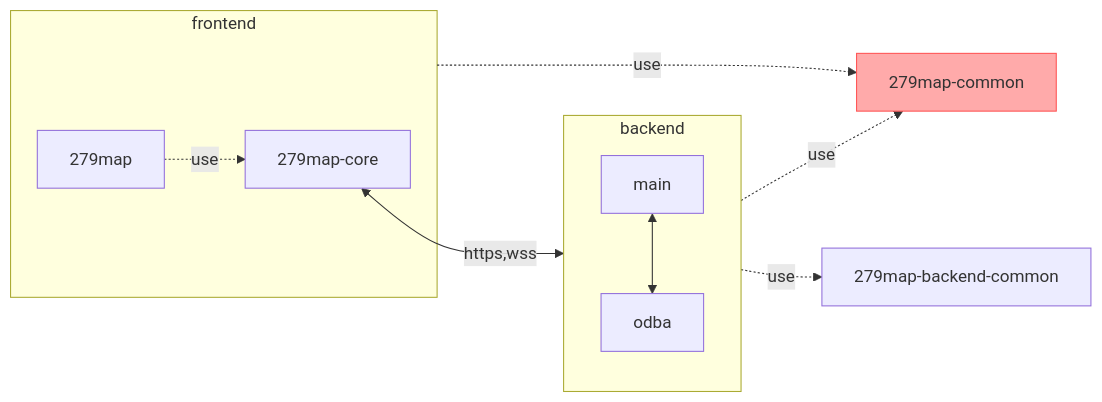
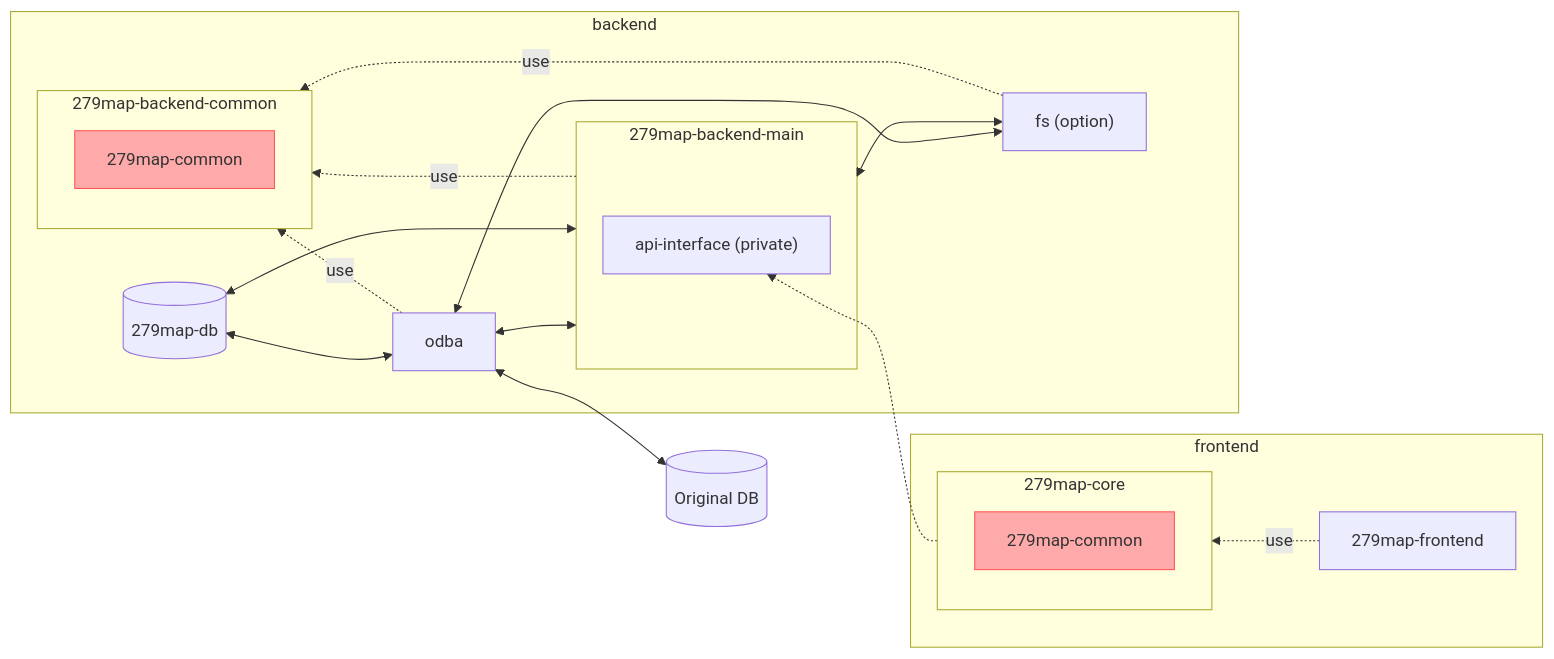
The diagram in 279map-common/README.md (satocheeen/279map), drawn with Mermaid before and after one commit. The commit also changed other lines of this file and 6 other files, not shown here.

````diff
--- a/279map-common/README.md
+++ b/279map-common/README.md
@@ -7,17 +7,35 @@
 ```mermaid
-flowchart LR
-	279map-common
+flowchart RL
 	subgraph frontend
-		279map-core
-		279map -. use .-> 279map-core
+		subgraph 279map-core
+			279map-common-core["279map-common"]
+		end
+		279map-frontend -. use .-> 279map-core
 	end
+
 	subgraph backend
-		direction TB
-		main <--> odba
-end
-frontend -. use .-> 279map-common
-backend -. use .-> 279map-common
-backend -. use .-> 279map-backend-common
-279map-core <-- https,wss --> main
-style 279map-common fill:#faa, stroke:#f55
+		db[("279map-db")]
+
+		subgraph 279map-backend-main
+			api-interface["api-interface (private)"]
+		end
+
+		subgraph 279map-backend-common
+			279map-common-backend["279map-common"]
+		end
+
+		279map-backend-main <--> odba
+		279map-backend-main <--> db
+		odba <--> db
+		fs["fs (option)"] <--> 279map-backend-main
+		fs <--> odba
+		279map-backend-main -. use .-> 279map-backend-common
+		odba -. use .-> 279map-backend-common
+		fs -. use .-> 279map-backend-common
+	end
+	279map-core -.-> api-interface
+	original-db[("Original DB")] <--> odba
+	
+	style 279map-common-core fill:#faa, stroke:#f55
+	style 279map-common-backend fill:#faa, stroke:#f55
 ```
````
